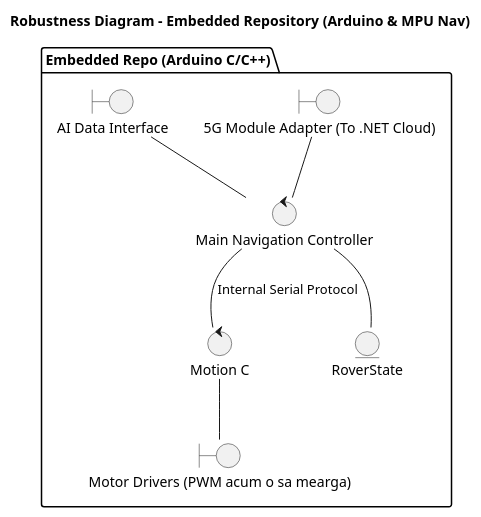
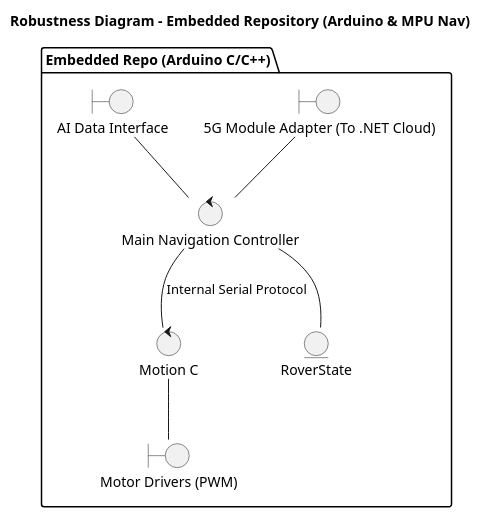
One commit to NOKIA-5G-SOS-Rover/Integrator changed the diagram in docs/architecture/diagrams/structural/embedded_bce.puml. Above: the diagram before and after it, drawn with PlantUML.

Commit message:
Update embedded_bce.puml
back to original .puml file

```diff
--- a/docs/architecture/diagrams/structural/embedded_bce.puml
+++ b/docs/architecture/diagrams/structural/embedded_bce.puml
@@ -1,24 +1,24 @@
 @startuml embedded_bce
 title Robustness Diagram - Embedded Repository (Arduino & MPU Nav)
 
 skinparam backgroundColor white
 skinparam componentStyle uml2
 
 package "Embedded Repo (Arduino C/C++)" {
     boundary "5G Module Adapter (To .NET Cloud)" as 5GBnd
-    boundary "Motor Drivers (PWM acum o sa mearga)" as MotorBnd
+    boundary "Motor Drivers (PWM)" as MotorBnd
     boundary "AI Data Interface" as AIBnd
-    
+
     control "Main Navigation Controller" as NavCtrl
     control "Motion C" as MotionCtrl
     
     entity "RoverState" as StateEnt
     
     5GBnd -- NavCtrl
     AIBnd -- NavCtrl
     NavCtrl -- StateEnt
     
     NavCtrl -- MotionCtrl : Internal Serial Protocol
     MotionCtrl -- MotorBnd
 }
 @enduml
```
